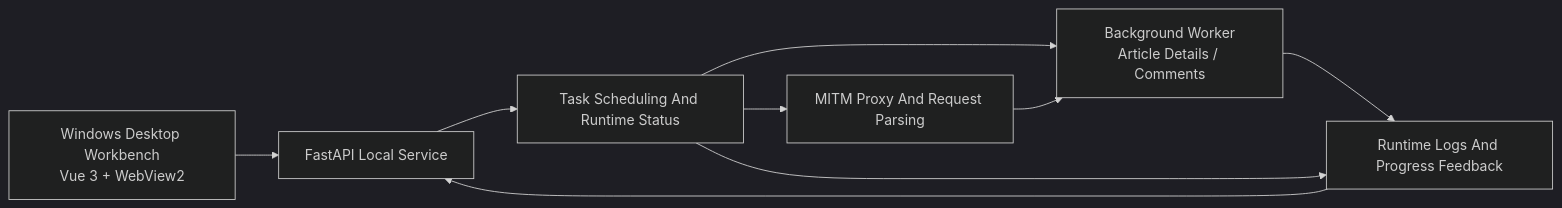
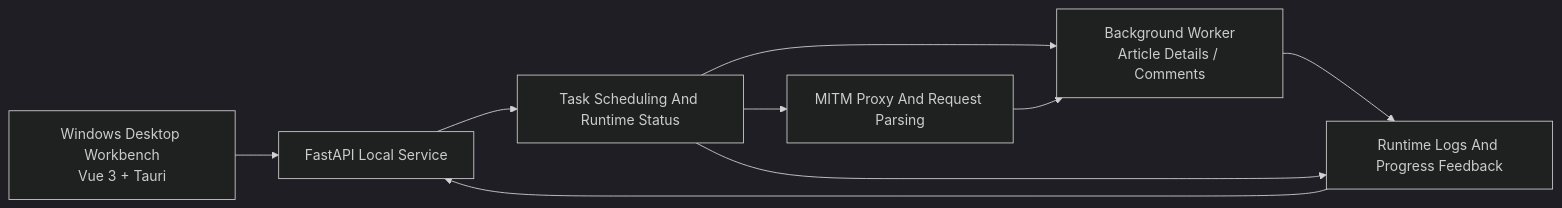
One commit to yeximm/Access_wechat_article changed the diagram in doc/README_en.md. Above: the diagram before and after it, drawn with Mermaid (dark theme). The commit also changed other lines of this file and 23 other files, not shown here.

````diff
--- a/doc/README_en.md
+++ b/doc/README_en.md
@@ -137,12 +137,12 @@
 ```mermaid
 flowchart LR
-    A["Windows Desktop Workbench<br/>Vue 3 + WebView2"]
+    A["Windows Desktop Workbench<br/>Vue 3 + Tauri"]
     A --> B["FastAPI Local Service"]
     B --> C["Task Scheduling And Runtime Status"]
     C --> D["MITM Proxy And Request Parsing"]
     C --> E["Background Worker<br/>Article Details / Comments"]
     D --> E
     E --> F["Structured Field Records"]
     C --> F["Runtime Logs And Progress Feedback"]
     F --> B
 ```
````
